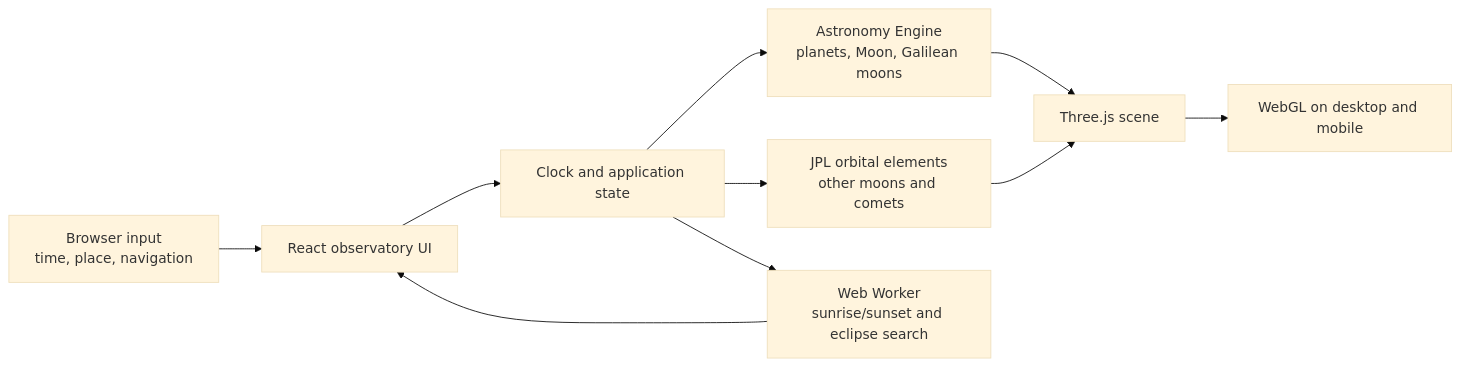
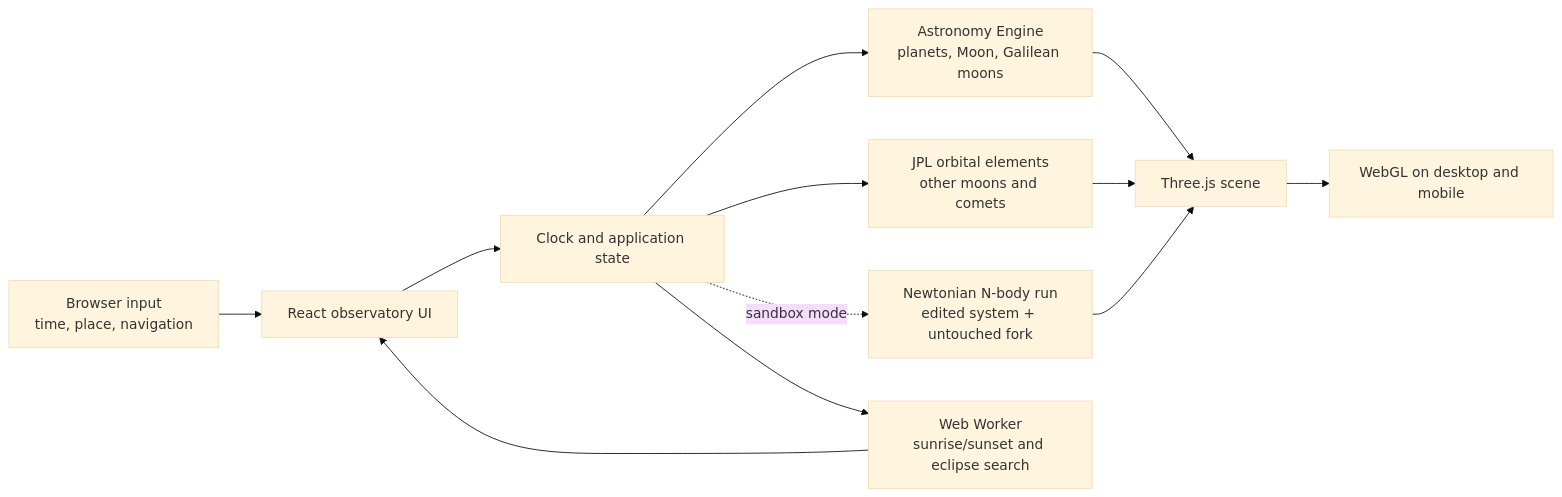
The diagram in README.md (hugogu/orbit), drawn with Mermaid (base theme) before and after one commit. The commit also changed other lines of this file and 6 other files, not shown here.

First line of the commit message:
docs(sandbox): state what the run models and what it does not

````diff
--- a/README.md
+++ b/README.md
@@ -89,12 +90,14 @@
 ```mermaid
 flowchart LR
   A[Browser input<br/>time, place, navigation] --> B[React observatory UI]
   B --> C[Clock and application state]
   C --> D[Astronomy Engine<br/>planets, Moon, Galilean moons]
   C --> E[JPL orbital elements<br/>other moons and comets]
+  C -.sandbox mode.-> I[Newtonian N-body run<br/>edited system + untouched fork]
   D --> F[Three.js scene]
   E --> F
+  I --> F
   C --> G[Web Worker<br/>sunrise/sunset and eclipse search]
   G --> B
   F --> H[WebGL on desktop and mobile]
 ```
````
